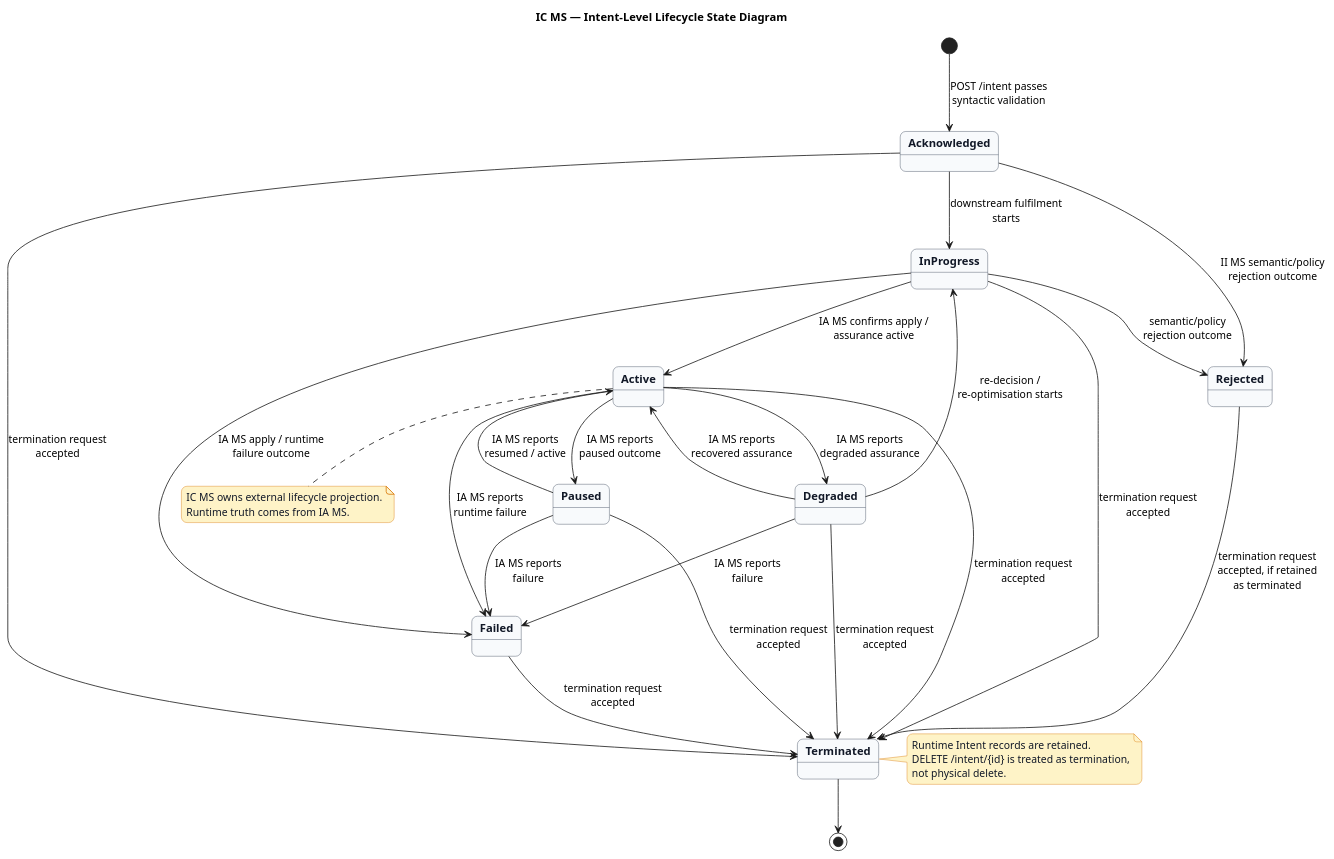
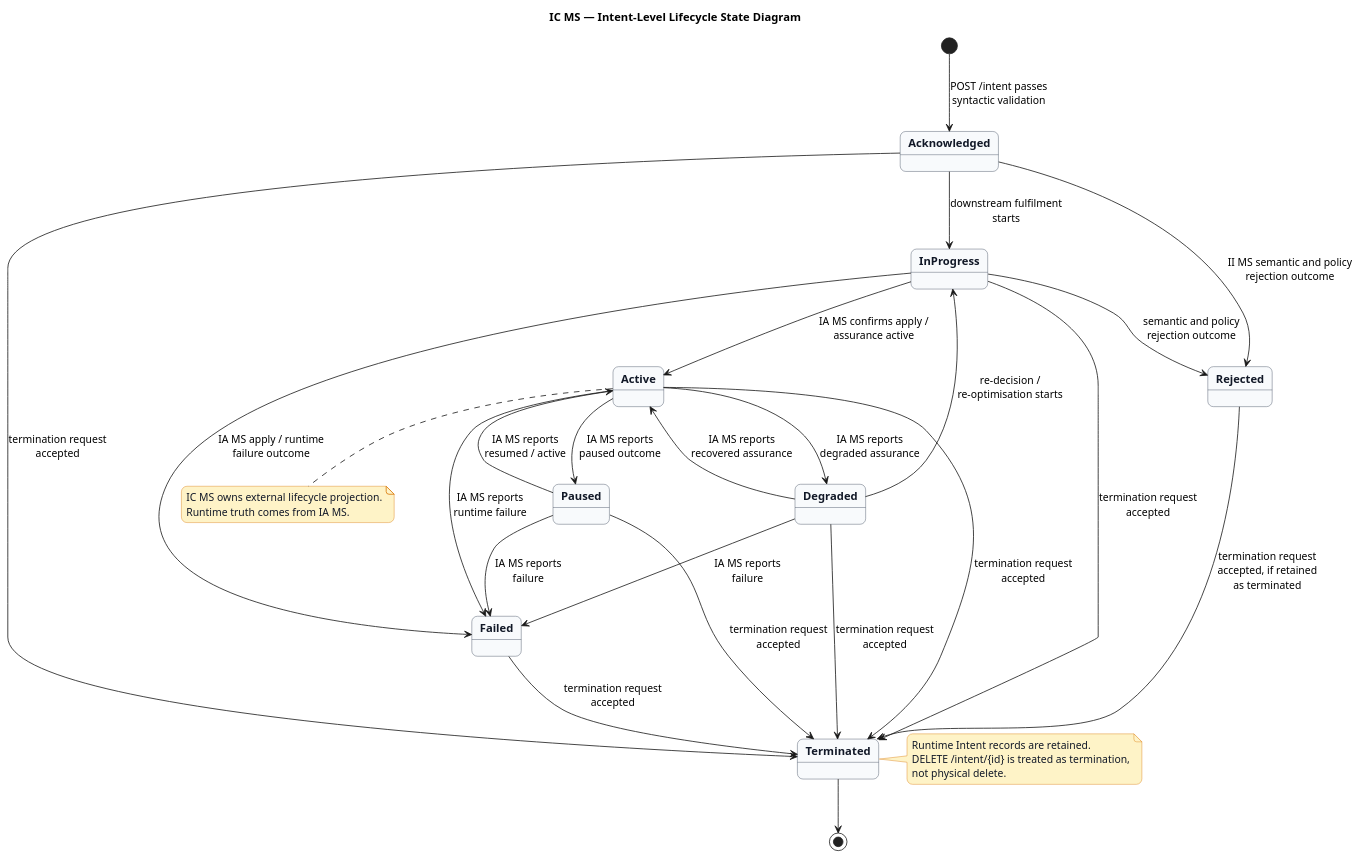
Before and after one commit to prageethw/im: the first of 2 diagrams in baseline/intent/ic-ms/ic_ms_design_brief.md, drawn with PlantUML. The commit also changed other lines of this file and 4 other files, not shown here.

````diff
--- a/baseline/intent/ic-ms/ic_ms_design_brief.md
+++ b/baseline/intent/ic-ms/ic_ms_design_brief.md
@@ -710,54 +710,54 @@
 ```plantuml
 @startuml
 title IC MS — Intent-Level Lifecycle State Diagram
 
 skinparam backgroundColor #FFFFFF
 skinparam shadowing false
 skinparam roundcorner 14
 skinparam state {
   BackgroundColor #F8FAFC
   BorderColor #334155
   FontColor #111827
   FontStyle bold
 }
 skinparam note {
   BackgroundColor #FEF3C7
   BorderColor #D97706
   FontColor #111827
 }
 
 [*] --> Acknowledged : POST /intent passes\nsyntactic validation
-Acknowledged --> Rejected : II MS semantic/policy\nrejection outcome
+Acknowledged --> Rejected : II MS semantic and policy\nrejection outcome
 Acknowledged --> InProgress : downstream fulfilment\nstarts
-InProgress --> Rejected : semantic/policy\nrejection outcome
+InProgress --> Rejected : semantic and policy\nrejection outcome
 InProgress --> Active : IA MS confirms apply /\nassurance active
 InProgress --> Failed : IA MS apply / runtime\nfailure outcome
 Active --> Degraded : IA MS reports\ndegraded assurance
 Degraded --> Active : IA MS reports\nrecovered assurance
 Degraded --> InProgress : re-decision /\nre-optimisation starts
 Active --> Paused : IA MS reports\npaused outcome
 Paused --> Active : IA MS reports\nresumed / active
 Paused --> Failed : IA MS reports\nfailure
 Active --> Failed : IA MS reports\nruntime failure
 Degraded --> Failed : IA MS reports\nfailure
 Acknowledged --> Terminated : termination request\naccepted
 InProgress --> Terminated : termination request\naccepted
 Active --> Terminated : termination request\naccepted
 Degraded --> Terminated : termination request\naccepted
 Paused --> Terminated : termination request\naccepted
 Failed --> Terminated : termination request\naccepted
 Rejected --> Terminated : termination request\naccepted, if retained\nas terminated
 Terminated --> [*]
 
 note right of Terminated
 Runtime Intent records are retained.
 DELETE /intent/{id} is treated as termination,
 not physical delete.
 end note
 
 note bottom of Active
 IC MS owns external lifecycle projection.
 Runtime truth comes from IA MS.
 end note
 @enduml
 ```
````
